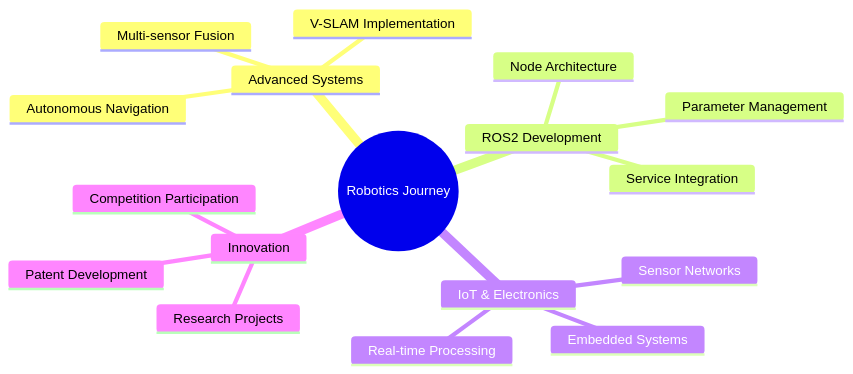
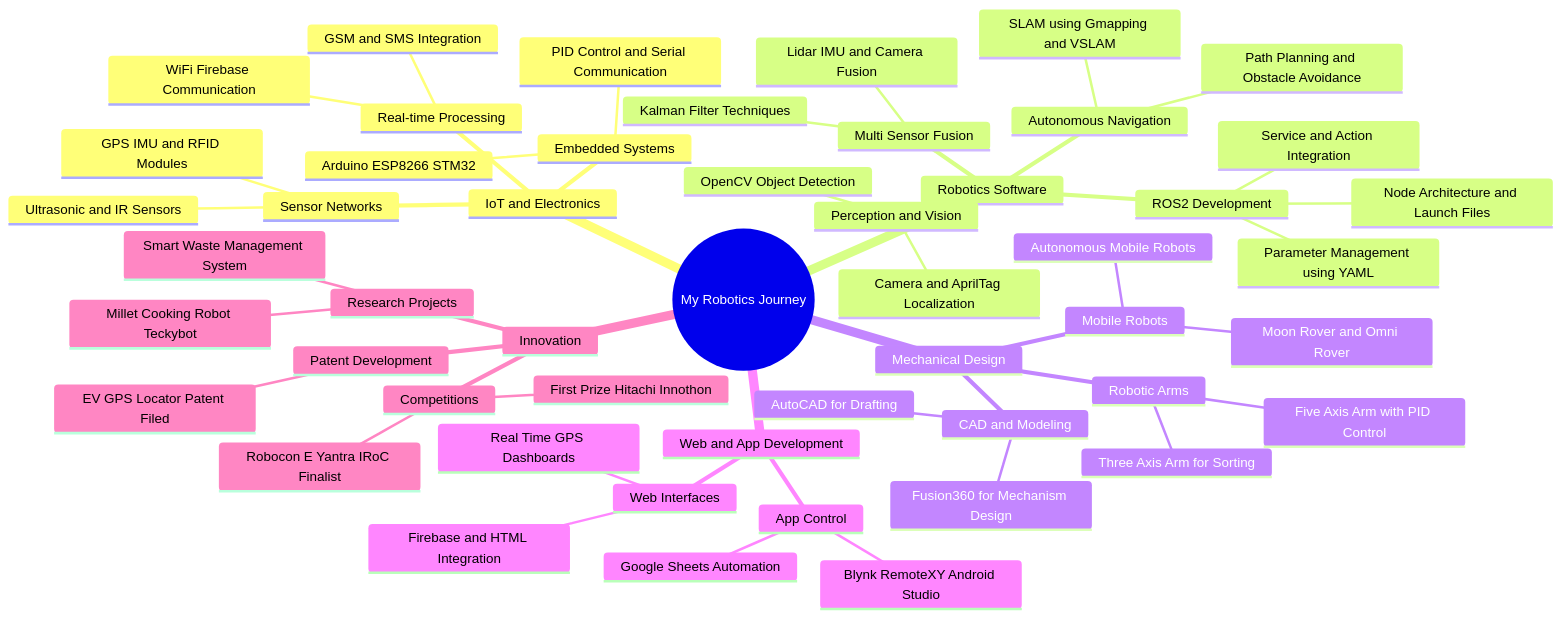
Before and after one commit to saisasi2004/My-Portfolio: the diagram in README.md, drawn with Mermaid. The commit also changed other lines of this file, not shown here.

````diff
--- a/README.md
+++ b/README.md
@@ -217,20 +218,61 @@
 ```mermaid
 mindmap
-  root((Robotics Journey))
-    Advanced Systems
+  root((My Robotics Journey))
+
+    IoT and Electronics
+      Sensor Networks
+        Ultrasonic and IR Sensors
+        GPS IMU and RFID Modules
+      Embedded Systems
+        Arduino ESP8266 STM32
+        PID Control and Serial Communication
+      Real-time Processing
+        WiFi Firebase Communication
+        GSM and SMS Integration
+
+    Robotics Software
+      ROS2 Development
+        Node Architecture and Launch Files
+        Service and Action Integration
+        Parameter Management using YAML
+      Perception and Vision
+        OpenCV Object Detection
+        Camera and AprilTag Localization
       Autonomous Navigation
-      V-SLAM Implementation
-      Multi-sensor Fusion
-    ROS2 Development
-      Node Architecture
-      Service Integration
-      Parameter Management
-    IoT & Electronics
-      Sensor Networks
-      Embedded Systems
-      Real-time Processing
+        SLAM using Gmapping and VSLAM
+        Path Planning and Obstacle Avoidance
+      Multi Sensor Fusion
+        Lidar IMU and Camera Fusion
+        Kalman Filter Techniques
+
+    Mechanical Design
+      Robotic Arms
+        Three Axis Arm for Sorting
+        Five Axis Arm with PID Control
+      Mobile Robots
+        Autonomous Mobile Robots
+        Moon Rover and Omni Rover
+      CAD and Modeling
+        Fusion360 for Mechanism Design
+        AutoCAD for Drafting
+
+    Web and App Development
+      Web Interfaces
+        Real Time GPS Dashboards
+        Firebase and HTML Integration
+      App Control
+        Blynk RemoteXY Android Studio
+        Google Sheets Automation
+
     Innovation
       Patent Development
+        EV GPS Locator Patent Filed
       Research Projects
-      Competition Participation
+        Millet Cooking Robot Teckybot
+        Smart Waste Management System
+      Competitions
+        First Prize Hitachi Innothon
+        Robocon E Yantra IRoC Finalist
+
+
 ```
````
